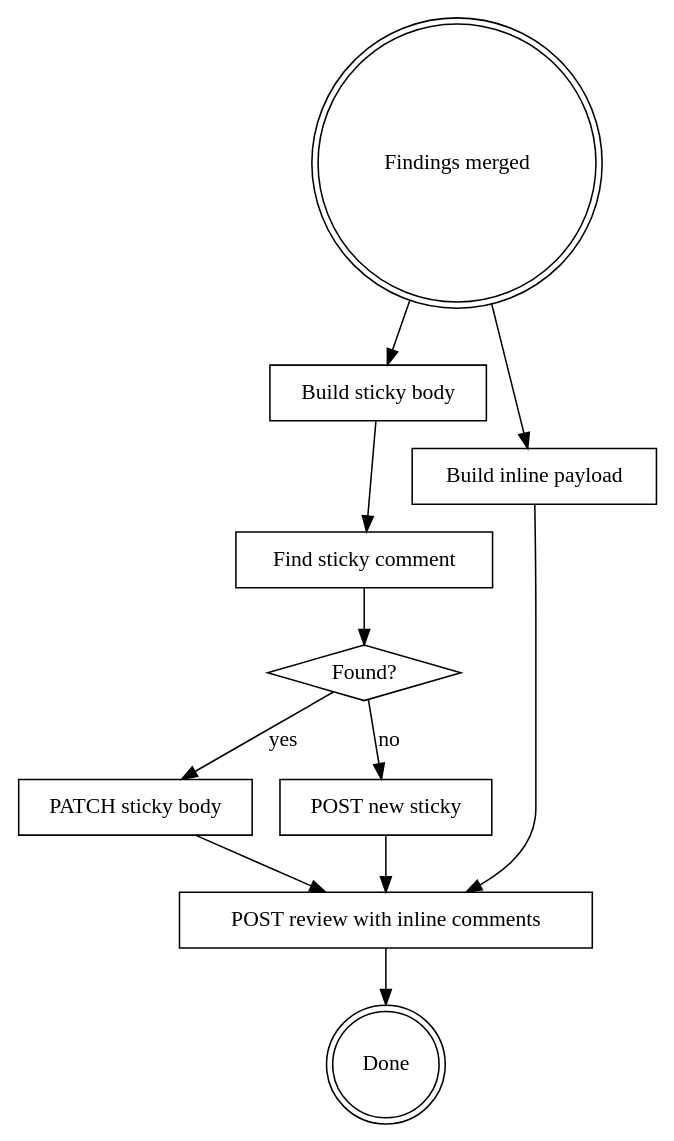
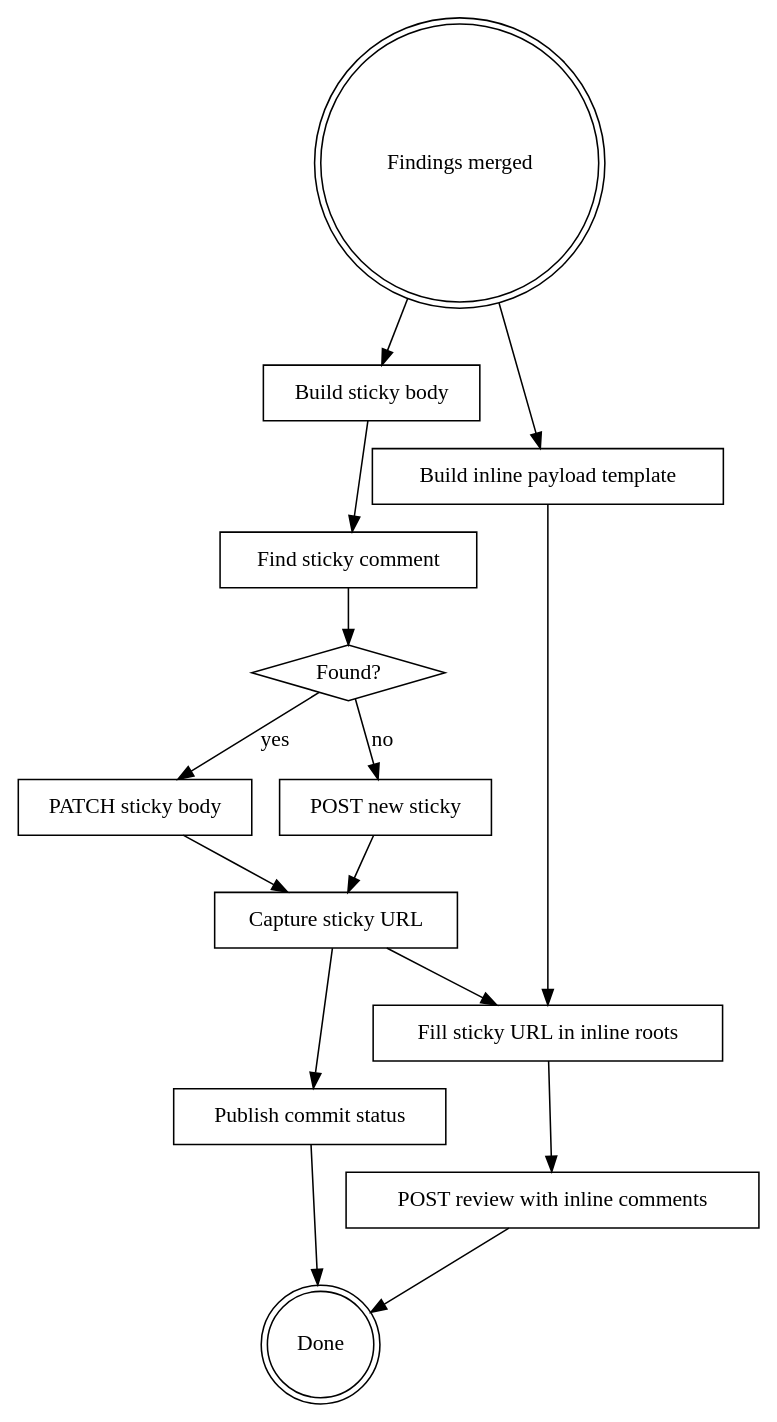
The third of 3 diagrams in skills/pr-review/SKILL.md (kirkchen/cadence), drawn with Graphviz before and after one commit. The commit also changed other lines of this file, not shown here.

Commit message:
beat: run a28c8571-612f-4c50-9d09-39f5216aaa5d auto-commit (kirkchen-cadence)

````diff
--- a/skills/pr-review/SKILL.md
+++ b/skills/pr-review/SKILL.md
@@ -692,24 +805,31 @@
 ```dot
 digraph publish {
   "Findings merged" [shape=doublecircle];
   "Build sticky body" [shape=box];
-  "Build inline payload" [shape=box];
+  "Build inline payload template" [shape=box];
   "Find sticky comment" [shape=box];
   "Found?" [shape=diamond];
   "PATCH sticky body" [shape=box];
   "POST new sticky" [shape=box];
+  "Capture sticky URL" [shape=box];
+  "Publish commit status" [shape=box];
+  "Fill sticky URL in inline roots" [shape=box];
   "POST review with inline comments" [shape=box];
   "Done" [shape=doublecircle];
 
   "Findings merged" -> "Build sticky body";
-  "Findings merged" -> "Build inline payload";
+  "Findings merged" -> "Build inline payload template";
   "Build sticky body" -> "Find sticky comment";
   "Find sticky comment" -> "Found?";
   "Found?" -> "PATCH sticky body" [label="yes"];
   "Found?" -> "POST new sticky" [label="no"];
-  "PATCH sticky body" -> "POST review with inline comments";
-  "POST new sticky" -> "POST review with inline comments";
-  "Build inline payload" -> "POST review with inline comments";
+  "PATCH sticky body" -> "Capture sticky URL";
+  "POST new sticky" -> "Capture sticky URL";
+  "Capture sticky URL" -> "Publish commit status";
+  "Capture sticky URL" -> "Fill sticky URL in inline roots";
+  "Build inline payload template" -> "Fill sticky URL in inline roots";
+  "Fill sticky URL in inline roots" -> "POST review with inline comments";
+  "Publish commit status" -> "Done";
   "POST review with inline comments" -> "Done";
 }
 ```
````
